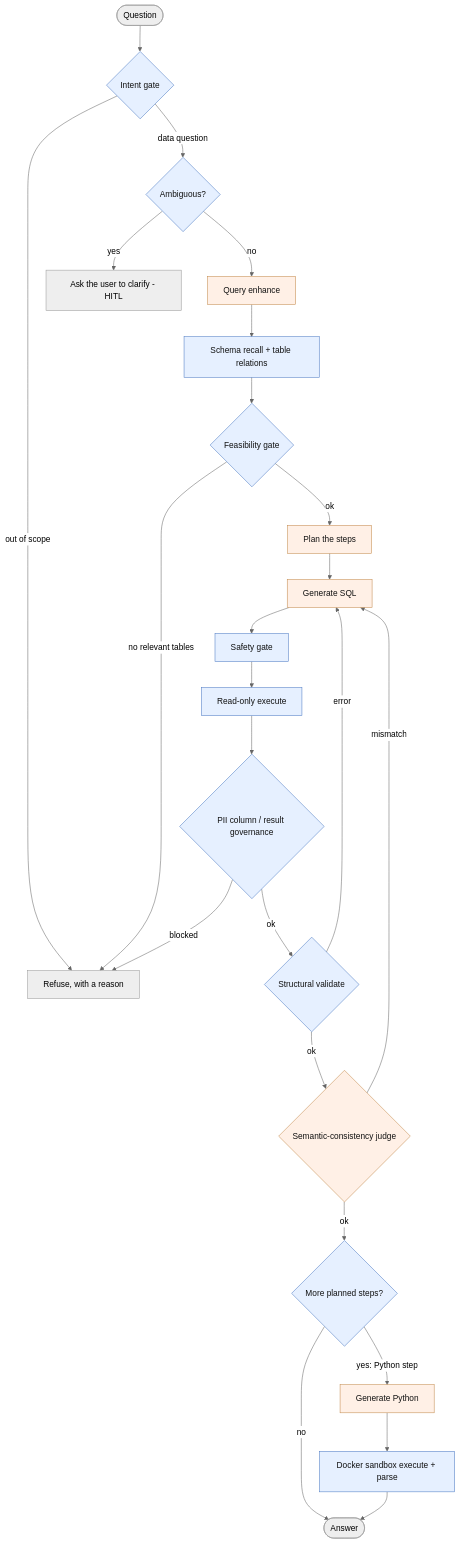
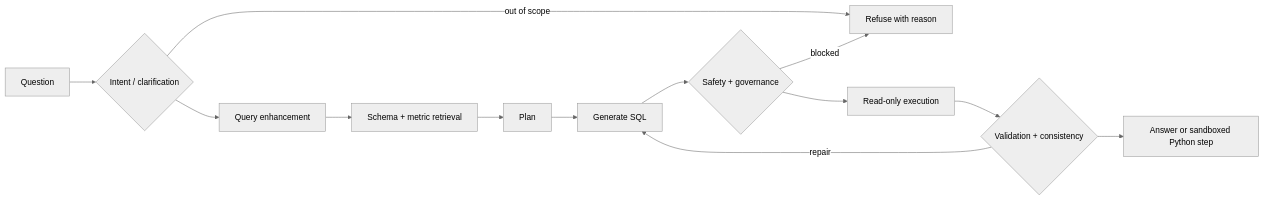
One commit to niguang220/cadence changed the diagram in README.md. Above: the diagram before and after it, drawn with Mermaid (neutral theme). The commit also changed other lines of this file and 30 other files, not shown here.

````diff
--- a/README.md
+++ b/README.md
@@ -48,31 +71,15 @@
 ```mermaid
-flowchart TB
-  Q([Question]) --> INT{Intent gate}
-  INT -->|out of scope| REF[Refuse, with a reason]
-  INT -->|data question| CLR{Ambiguous?}
-  CLR -->|yes| ASK[Ask the user to clarify - HITL]
-  CLR -->|no| ENH[Query enhance]
-  ENH --> RECALL[Schema recall + table relations]
-  RECALL --> FEAS{Feasibility gate}
-  FEAS -->|no relevant tables| REF
-  FEAS -->|ok| PLAN[Plan the steps]
-  PLAN --> GEN[Generate SQL]
-  GEN --> SAFE[Safety gate]
-  SAFE --> EXEC[Read-only execute]
-  EXEC --> GOV{PII column / result governance}
-  GOV -->|blocked| REF
-  GOV -->|ok| VAL{Structural validate}
-  VAL -->|error| GEN
-  VAL -->|ok| JUDGE{Semantic-consistency judge}
-  JUDGE -->|mismatch| GEN
-  JUDGE -->|ok| STEP{More planned steps?}
-  STEP -->|no| ANS([Answer])
-  STEP -->|yes: Python step| PYGEN[Generate Python]
-  PYGEN --> PYEXEC[Docker sandbox execute + parse]
-  PYEXEC --> ANS
-
-  classDef det fill:#e6f0ff,stroke:#4a78c2,color:#111;
-  classDef llm fill:#fff0e6,stroke:#c2884a,color:#111;
-  class INT,CLR,RECALL,FEAS,SAFE,EXEC,GOV,VAL,STEP,PYEXEC det;
-  class ENH,PLAN,GEN,JUDGE,PYGEN llm;
+flowchart LR
+  Q[Question] --> I{Intent / clarification}
+  I -->|out of scope| R[Refuse with reason]
+  I --> E[Query enhancement]
+  E --> S[Schema + metric retrieval]
+  S --> P[Plan]
+  P --> G[Generate SQL]
+  G --> A{Safety + governance}
+  A -->|blocked| R
+  A --> X[Read-only execution]
+  X --> V{Validation + consistency}
+  V -->|repair| G
+  V --> O[Answer or sandboxed Python step]
 ```
````
